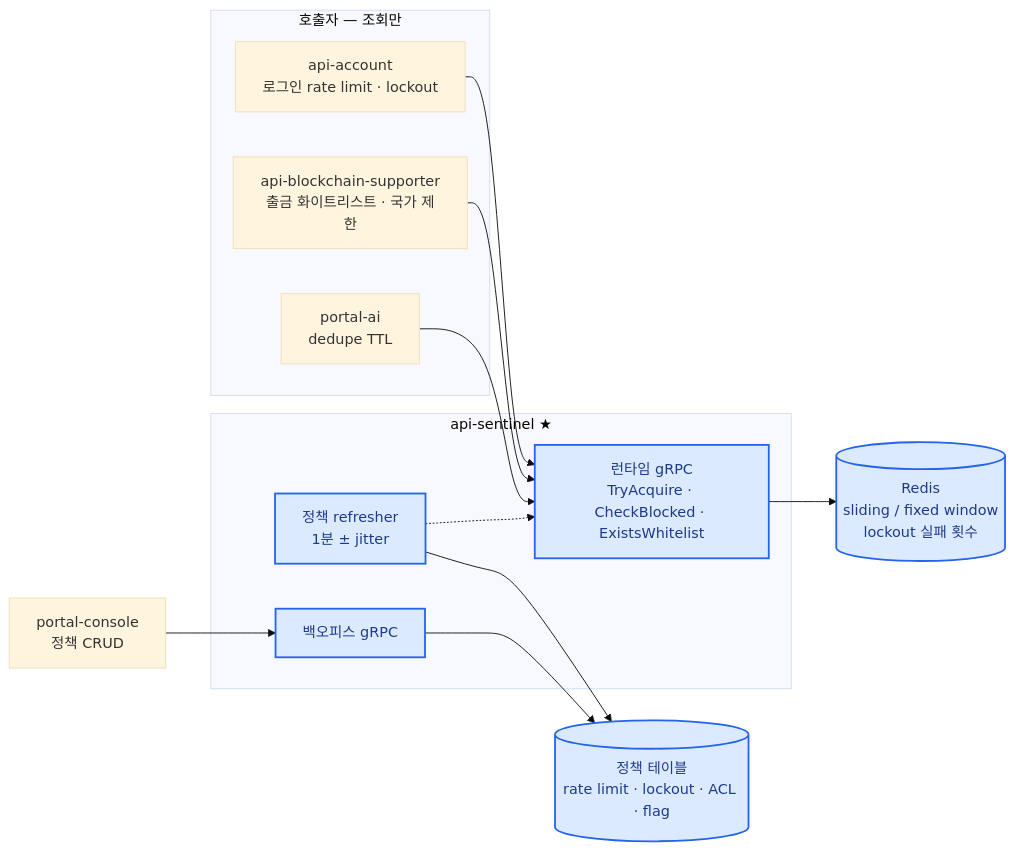
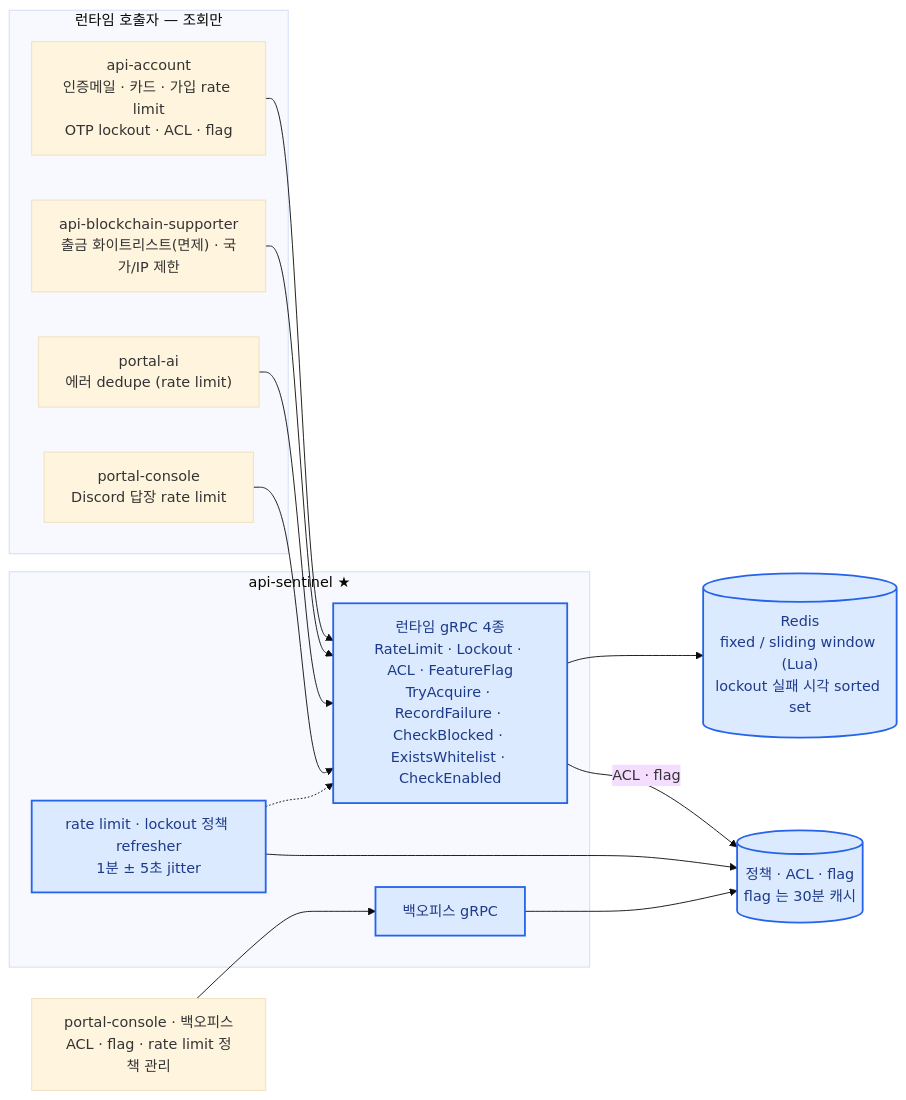
The diagram in content/diagrams/sentinel.mmd (shalwxy/career), drawn with Mermaid (base theme) before and after one commit. The commit also changed 30 other files, not shown here.

```diff
--- a/content/diagrams/sentinel.mmd
+++ b/content/diagrams/sentinel.mmd
@@ -1,22 +1,25 @@
 %% title: api-sentinel — 정책 서비스 단일 소유자
 %% title_en: api-sentinel — single owner of business policies
 flowchart LR
-    subgraph CALL[호출자 — 조회만]
-        AC[api-account<br/>로그인 rate limit · lockout]
-        BC[api-blockchain-supporter<br/>출금 화이트리스트 · 국가 제한]
-        AI[portal-ai<br/>dedupe TTL]
+    subgraph CALL[런타임 호출자 — 조회만]
+        AC[api-account<br/>인증메일 · 카드 · 가입 rate limit<br/>OTP lockout · ACL · flag]
+        BC["api-blockchain-supporter<br/>출금 화이트리스트(면제) · 국가/IP 제한"]
+        AI["portal-ai<br/>에러 dedupe (rate limit)"]
+        CS[portal-console<br/>Discord 답장 rate limit]
     end
-    CON[portal-console<br/>정책 CRUD]
+    CON[portal-console · 백오피스<br/>ACL · flag · rate limit 정책 관리]
     subgraph SEN[api-sentinel ★]
-        RT[런타임 gRPC<br/>TryAcquire · CheckBlocked · ExistsWhitelist]
-        RF[정책 refresher<br/>1분 ± jitter]
+        RT[런타임 gRPC 4종<br/>RateLimit · Lockout · ACL · FeatureFlag<br/>TryAcquire · RecordFailure · CheckBlocked · ExistsWhitelist · CheckEnabled]
+        RF[rate limit · lockout 정책 refresher<br/>1분 ± 5초 jitter]
         BOG[백오피스 gRPC]
     end
-    RD[(Redis<br/>sliding / fixed window<br/>lockout 실패 횟수)]
-    PG[(정책 테이블<br/>rate limit · lockout · ACL · flag)]
-    AC & BC & AI --> RT --> RD
+    RD[("Redis<br/>fixed / sliding window (Lua)<br/>lockout 실패 시각 sorted set")]
+    PG[(정책 · ACL · flag<br/>flag 는 30분 캐시)]
+    AC & BC & AI & CS --> RT
+    RT --> RD
+    RT -- ACL · flag --> PG
     RF --> PG
     RF -.-> RT
     CON --> BOG --> PG
     classDef mine fill:#dbeafe,stroke:#2563eb,stroke-width:2px,color:#1e3a8a
     class RT,RF,BOG,RD,PG mine
```
